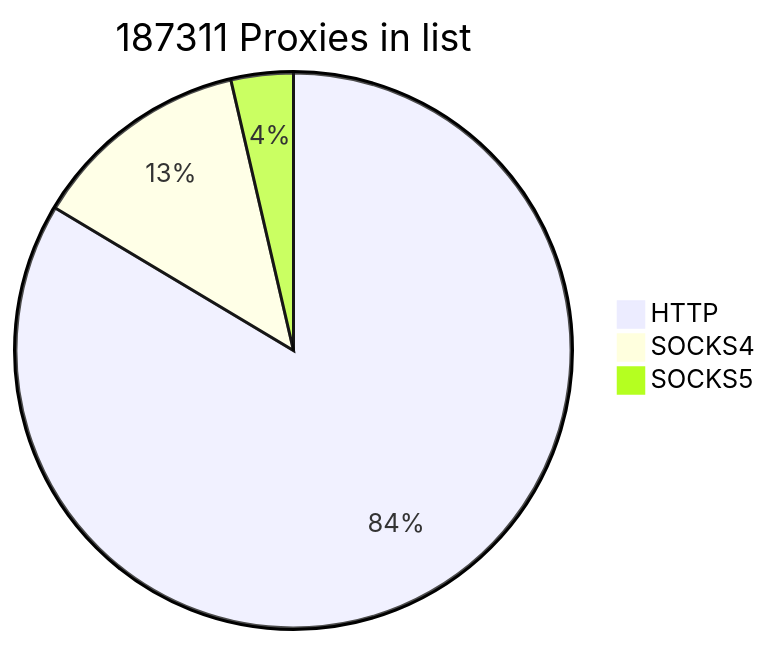
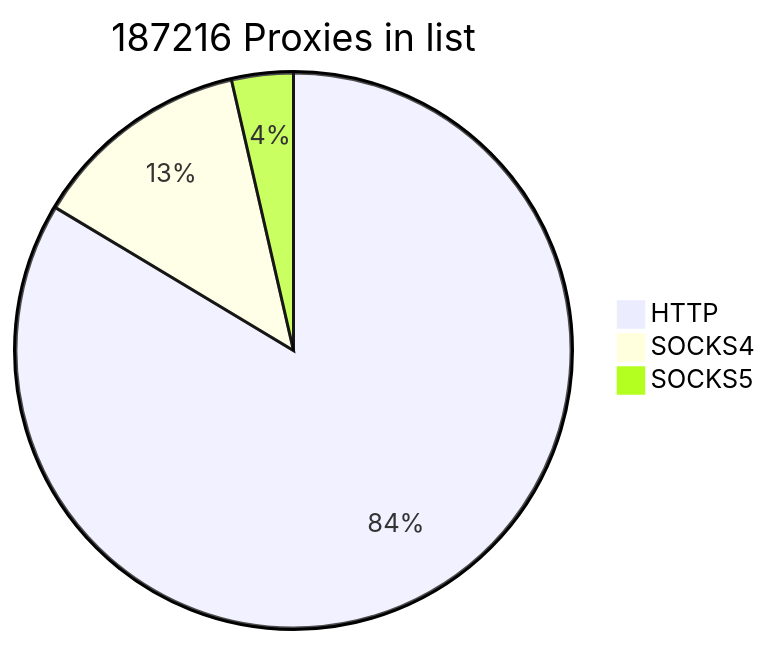
One commit to cutipu/proxylist changed the first of 2 diagrams in README.md. Above: the diagram before and after it, drawn with Mermaid. The commit also changed other lines of this file, not shown here.

````diff
--- a/README.md
+++ b/README.md
@@ -2,7 +2,7 @@
 ```mermaid
-pie title 187311 Proxies in list
-    "HTTP" : 156553
+pie title 187216 Proxies in list
+    "HTTP" : 156527
     "SOCKS4" : 23974
-    "SOCKS5" : 6784
+    "SOCKS5" : 6715
             
 ```
````
